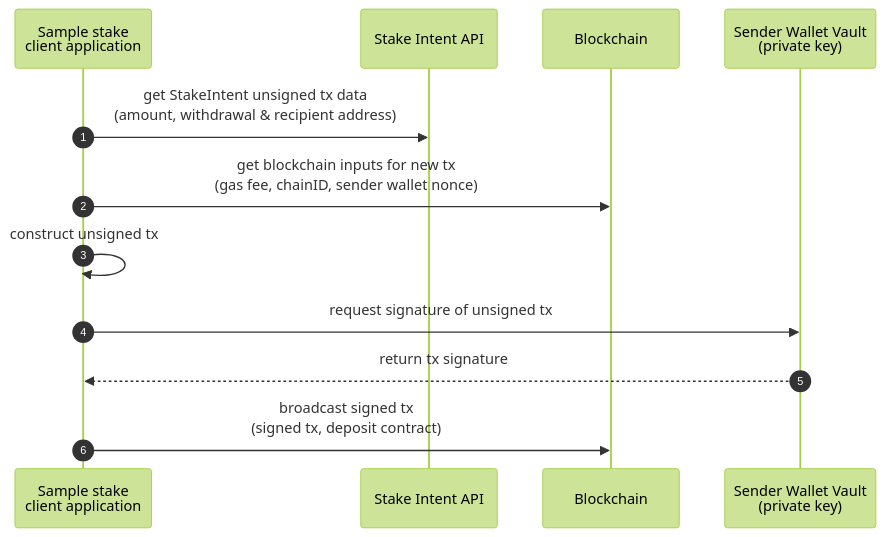
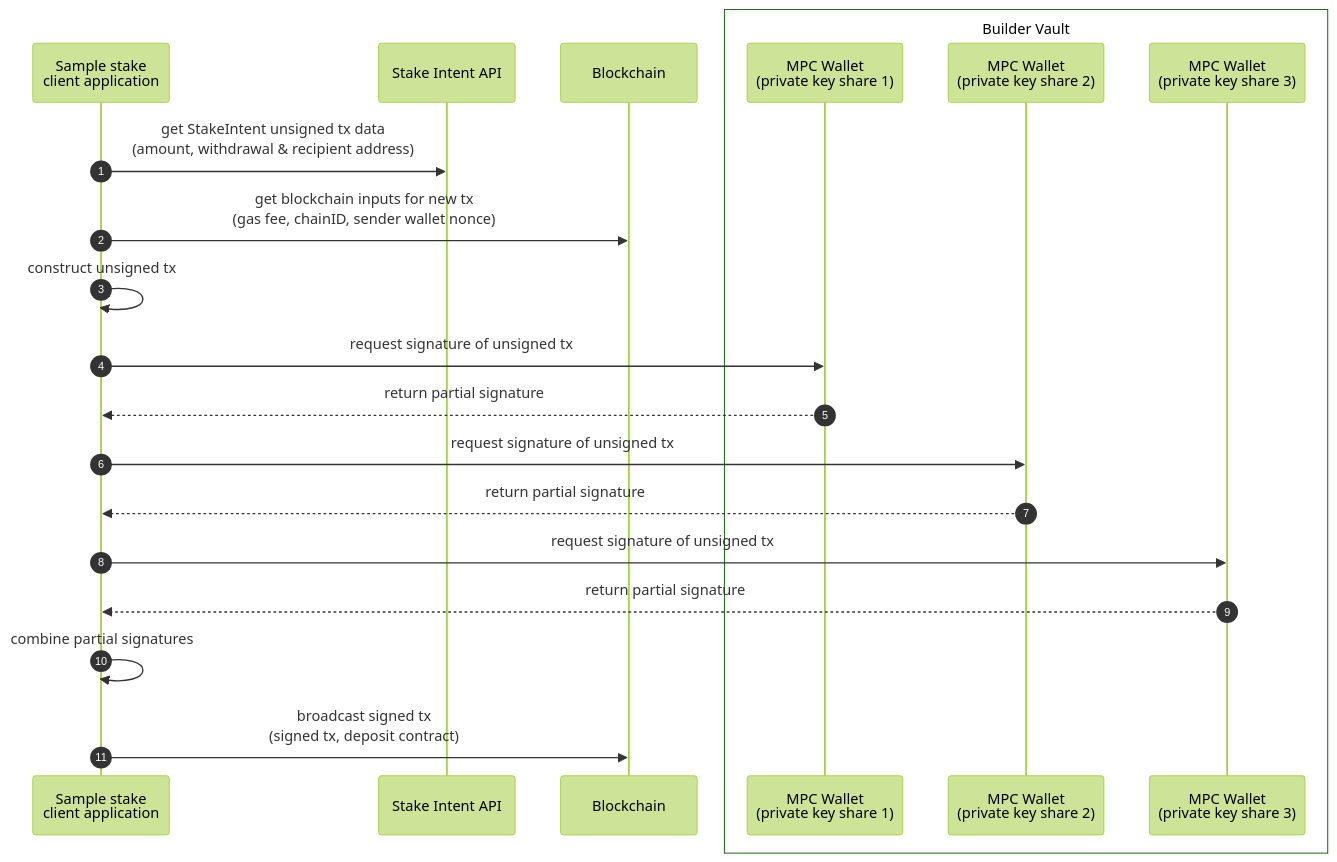
One commit to Blockdaemon/demo-stakingAPI changed the diagram in README.md. Above: the diagram before and after it, drawn with Mermaid (forest theme). The commit also changed other lines of this file and 4 other files, not shown here.

````diff
--- a/README.md
+++ b/README.md
@@ -5,15 +5,24 @@
 ```mermaid
 sequenceDiagram
     autonumber
     participant StakeClient as Sample stake<br> client application
     participant StakeAPI as Stake Intent API
     participant Blockchain as Blockchain
-    participant TSM as Sender Wallet Vault<br>(private key)
+    box Builder Vault
+      participant TSM1 as MPC Wallet <br>(private key share 1)
+      participant TSM2 as MPC Wallet <br>(private key share 2)
+      participant TSM3 as MPC Wallet <br>(private key share 3)
+    end
 
     StakeClient ->> StakeAPI: get StakeIntent unsigned tx data <br>(amount, withdrawal & recipient address)
     StakeClient ->> Blockchain: get blockchain inputs for new tx<br>(gas fee, chainID, sender wallet nonce)
     StakeClient ->> StakeClient: construct unsigned tx
-    StakeClient ->> TSM: request signature of unsigned tx
-    TSM -->> StakeClient: return tx signature
+    StakeClient ->> TSM1: request signature of unsigned tx
+    TSM1 -->> StakeClient: return partial signature
+    StakeClient ->> TSM2: request signature of unsigned tx
+    TSM2 -->> StakeClient: return partial signature
+    StakeClient ->> TSM3: request signature of unsigned tx
+    TSM3 -->> StakeClient: return partial signature
+    StakeClient ->> StakeClient: combine partial signatures
     StakeClient ->> Blockchain: broadcast signed tx<br>(signed tx, deposit contract)
 ```
````
